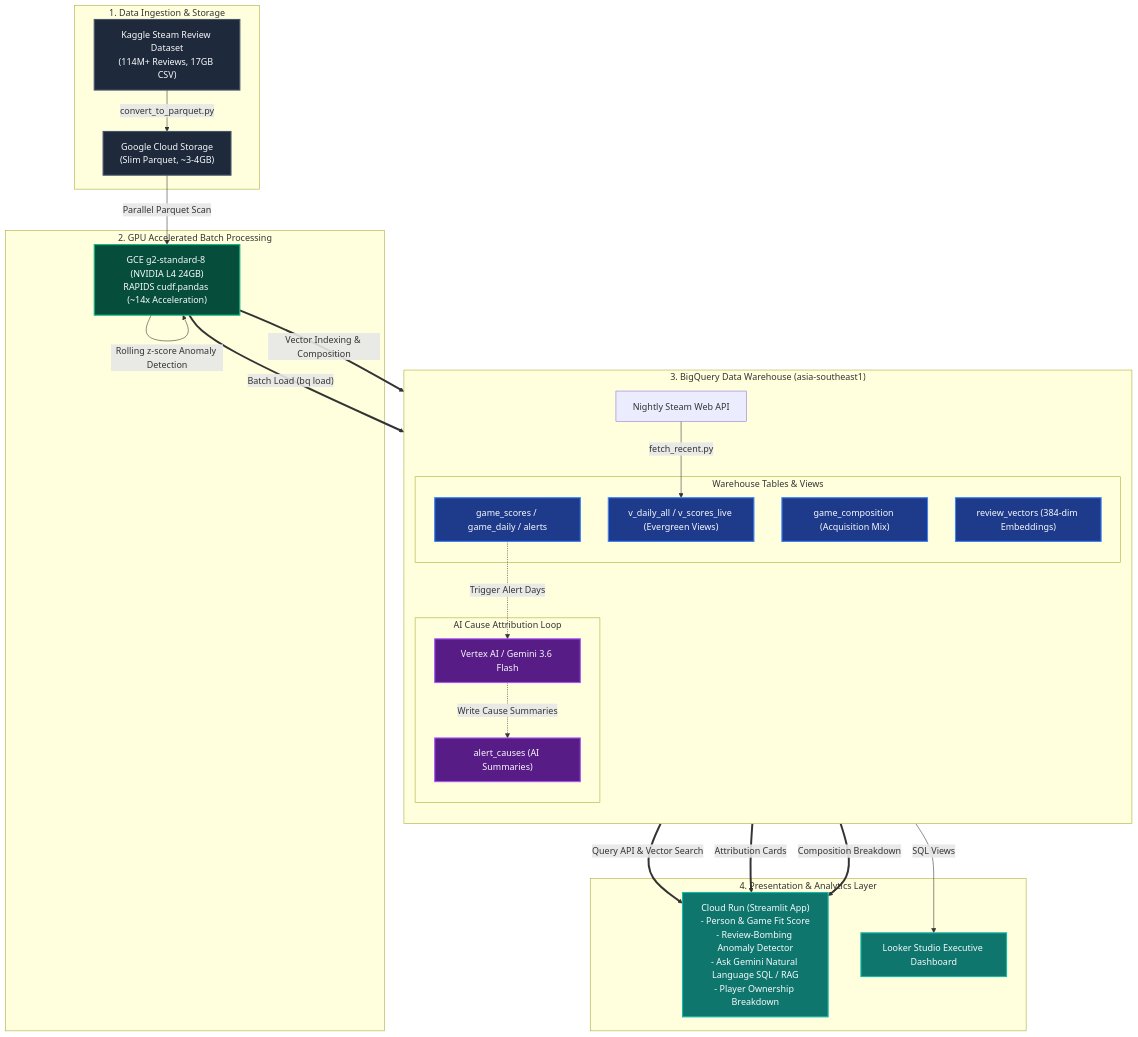
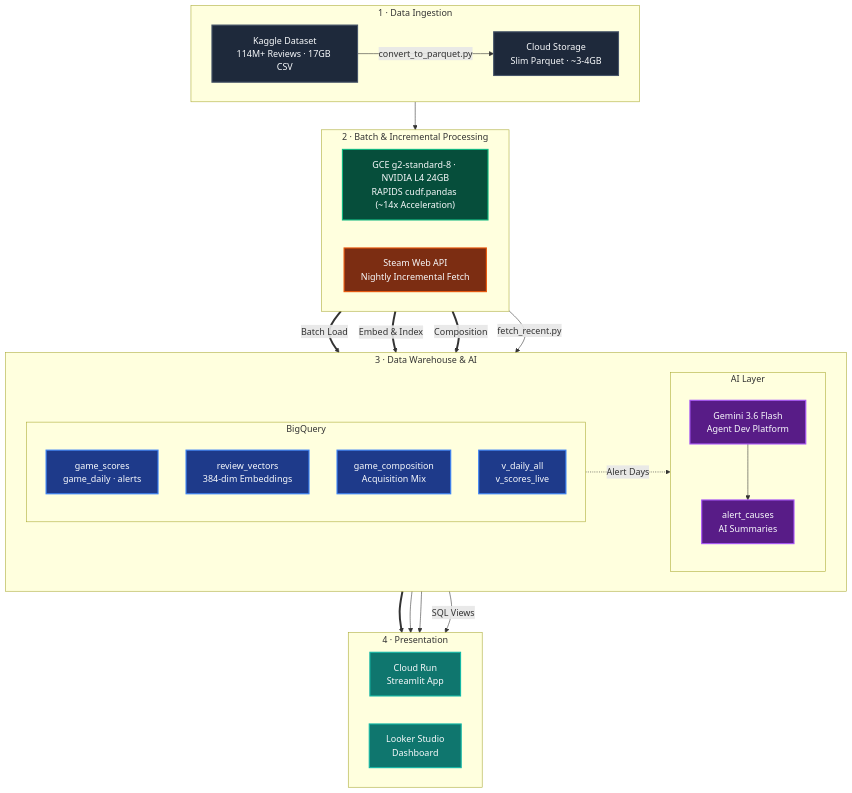
The diagram in README.md (hypoxic127/buyorwait), drawn with Mermaid before and after one commit. The commit also changed other lines of this file and 4 other files, not shown here.

````diff
--- a/README.md
+++ b/README.md
@@ -13,66 +53,63 @@
 ```mermaid
 flowchart TD
-    %% 1. Ingestion Layer
-    subgraph Ingestion["1. Data Ingestion & Storage"]
-        Kaggle["Kaggle Steam Review Dataset<br/>(114M+ Reviews, 17GB CSV)"]
-        GCS["Google Cloud Storage<br/>(Slim Parquet, ~3-4GB)"]
+    subgraph Ingestion["1 · Data Ingestion"]
+        direction LR
+        Kaggle["Kaggle Dataset<br/>114M+ Reviews · 17GB CSV"]
+        GCS["Cloud Storage<br/>Slim Parquet · ~3-4GB"]
         Kaggle -->|"convert_to_parquet.py"| GCS
     end
 
-    %% 2. GPU Acceleration Layer
-    subgraph GPU["2. GPU Accelerated Batch Processing"]
-        GCE["GCE g2-standard-8 (NVIDIA L4 24GB)<br/>RAPIDS cudf.pandas (~14x Acceleration)"]
-        GCS -->|"Parallel Parquet Scan"| GCE
-        GCE -->|"Daily Aggregation & Score Weighting"| GCE
-        GCE -->|"Rolling z-score Anomaly Detection"| GCE
+    subgraph Processing["2 · Batch & Incremental Processing"]
+        direction LR
+        GCE["GCE g2-standard-8 · NVIDIA L4 24GB<br/>RAPIDS cudf.pandas (~14x Acceleration)"]
+        Steam["Steam Web API<br/>Nightly Incremental Fetch"]
     end
 
-    %% 3. BigQuery Data Warehouse
-    subgraph Storage["3. BigQuery Data Warehouse (asia-southeast1)"]
-        direction TB
-        subgraph Tables["Warehouse Tables & Views"]
-            BQ_Scores["game_scores / game_daily / alerts"]
-            BQ_Comp["game_composition (Acquisition Mix)"]
-            BQ_Vec["review_vectors (384-dim Embeddings)"]
-            BQ_Views["v_daily_all / v_scores_live (Evergreen Views)"]
+    subgraph Warehouse["3 · Data Warehouse & AI"]
+        direction LR
+        subgraph BQ["BigQuery"]
+            direction TB
+            Scores["game_scores<br/>game_daily · alerts"]
+            Vectors["review_vectors<br/>384-dim Embeddings"]
+            Comp["game_composition<br/>Acquisition Mix"]
+            Views["v_daily_all<br/>v_scores_live"]
         end
-        
-        subgraph AI_Loop["AI Cause Attribution Loop"]
-            Gemini["Vertex AI / Gemini 3.6 Flash"]
-            BQ_Attribution["alert_causes (AI Summaries)"]
-            BQ_Scores -. "Trigger Alert Days" .-> Gemini
-            Gemini -. "Write Cause Summaries" .-> BQ_Attribution
+        subgraph AI["AI Layer"]
+            direction TB
+            Gemini["Gemini 3.6 Flash<br/>Agent Dev Platform"]
+            Causes["alert_causes<br/>AI Summaries"]
+            Gemini --> Causes
         end
-
-        SteamAPI["Nightly Steam Web API"] -->|"fetch_recent.py"| BQ_Views
     end
 
-    %% Pipeline connection from GPU to BigQuery
-    GCE ==>|"Batch Load (bq load)"| BQ_Scores
-    GCE ==>|"Vector Indexing & Composition"| BQ_Vec
-
-    %% 4. Presentation Layer
-    subgraph Presentation["4. Presentation & Analytics Layer"]
-        Streamlit["Cloud Run (Streamlit App)<br/>- Person & Game Fit Score<br/>- Review-Bombing Anomaly Detector<br/>- Ask Gemini Natural Language SQL / RAG<br/>- Player Ownership Breakdown"]
-        Looker["Looker Studio Executive Dashboard"]
+    subgraph Present["4 · Presentation"]
+        direction LR
+        Streamlit["Cloud Run<br/>Streamlit App"]
+        Looker["Looker Studio<br/>Dashboard"]
     end
 
-    %% Single consolidated pipeline arrows to Presentation
-    BQ_Views ==>|"Query API & Vector Search"| Streamlit
-    BQ_Attribution ==>|"Attribution Cards"| Streamlit
-    BQ_Comp ==>|"Composition Breakdown"| Streamlit
-    BQ_Views -->|"SQL Views"| Looker
+    GCS --> GCE
+    GCE ==>|"Batch Load"| Scores
+    GCE ==>|"Embed & Index"| Vectors
+    GCE ==>|"Composition"| Comp
+    Steam -->|"fetch_recent.py"| Views
+    Scores -.->|"Alert Days"| Gemini
+    Views ==> Streamlit
+    Causes --> Streamlit
+    Comp --> Streamlit
+    Views -->|"SQL Views"| Looker
 
-    %% Styling Definitions
-    classDef ingestion fill:#1e293b,stroke:#475569,stroke-width:2px,color:#f8fafc;
-    classDef gpu fill:#064e3b,stroke:#10b981,stroke-width:2px,color:#f8fafc;
-    classDef storage fill:#1e3a8a,stroke:#3b82f6,stroke-width:2px,color:#f8fafc;
-    classDef ai fill:#581c87,stroke:#a855f7,stroke-width:2px,color:#f8fafc;
-    classDef presentation fill:#0f766e,stroke:#14b8a6,stroke-width:2px,color:#f8fafc;
+    classDef src fill:#1e293b,stroke:#475569,stroke-width:2px,color:#f8fafc
+    classDef gpu fill:#064e3b,stroke:#10b981,stroke-width:2px,color:#f8fafc
+    classDef steam fill:#7c2d12,stroke:#ea580c,stroke-width:2px,color:#f8fafc
+    classDef bq fill:#1e3a8a,stroke:#3b82f6,stroke-width:2px,color:#f8fafc
+    classDef ai fill:#581c87,stroke:#a855f7,stroke-width:2px,color:#f8fafc
+    classDef app fill:#0f766e,stroke:#14b8a6,stroke-width:2px,color:#f8fafc
 
-    class Kaggle,GCS ingestion;
-    class GCE gpu;
-    class BQ_Scores,BQ_Comp,BQ_Vec,BQ_Views storage;
-    class Gemini,BQ_Attribution ai;
-    class Streamlit,Looker presentation;
+    class Kaggle,GCS src
+    class GCE gpu
+    class Steam steam
+    class Scores,Vectors,Comp,Views bq
+    class Gemini,Causes ai
+    class Streamlit,Looker app
 ```
````
